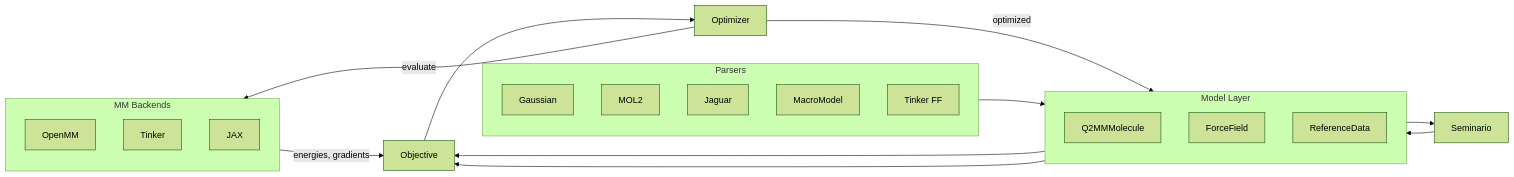
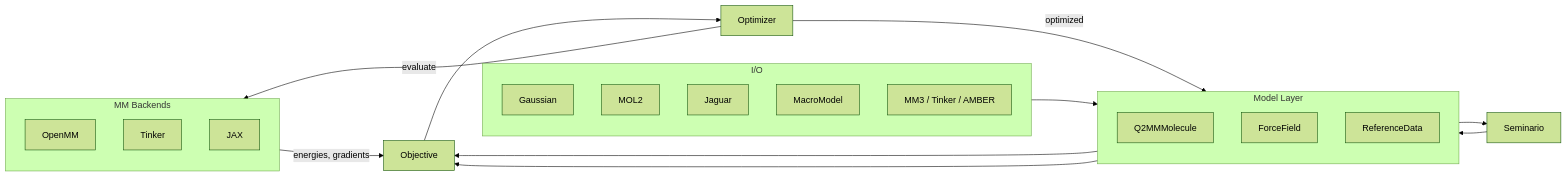
One commit to ericchansen/q2mm changed the diagram in docs/index.md. Above: the diagram before and after it, drawn with Mermaid (forest theme). The commit also changed other lines of this file and 3 other files, not shown here.

````diff
--- a/docs/index.md
+++ b/docs/index.md
@@ -30,38 +30,38 @@
 ```mermaid
 flowchart LR
-    subgraph Parsers
+    subgraph IO["I/O"]
         direction TB
         G[Gaussian]
         M[MOL2]
         J[Jaguar]
         MM[MacroModel]
-        T[Tinker FF]
+        FFio[MM3 / Tinker / AMBER]
     end
 
     subgraph Models["Model Layer"]
         direction TB
         MOL[Q2MMMolecule]
         FF[ForceField]
         RD[ReferenceData]
     end
 
     SEM[Seminario]
     OBJ[Objective]
     OPT[Optimizer]
 
     subgraph Backends["MM Backends"]
         direction TB
         OMM[OpenMM]
         TK[Tinker]
         JX[JAX]
     end
 
-    Parsers --> Models
+    IO --> Models
     Models --> SEM --> FF
     FF --> OBJ
     RD --> OBJ
     OBJ --> OPT
     OPT -->|evaluate| Backends
     Backends -->|energies, gradients| OBJ
     OPT -->|optimized| FF
 ```
````
